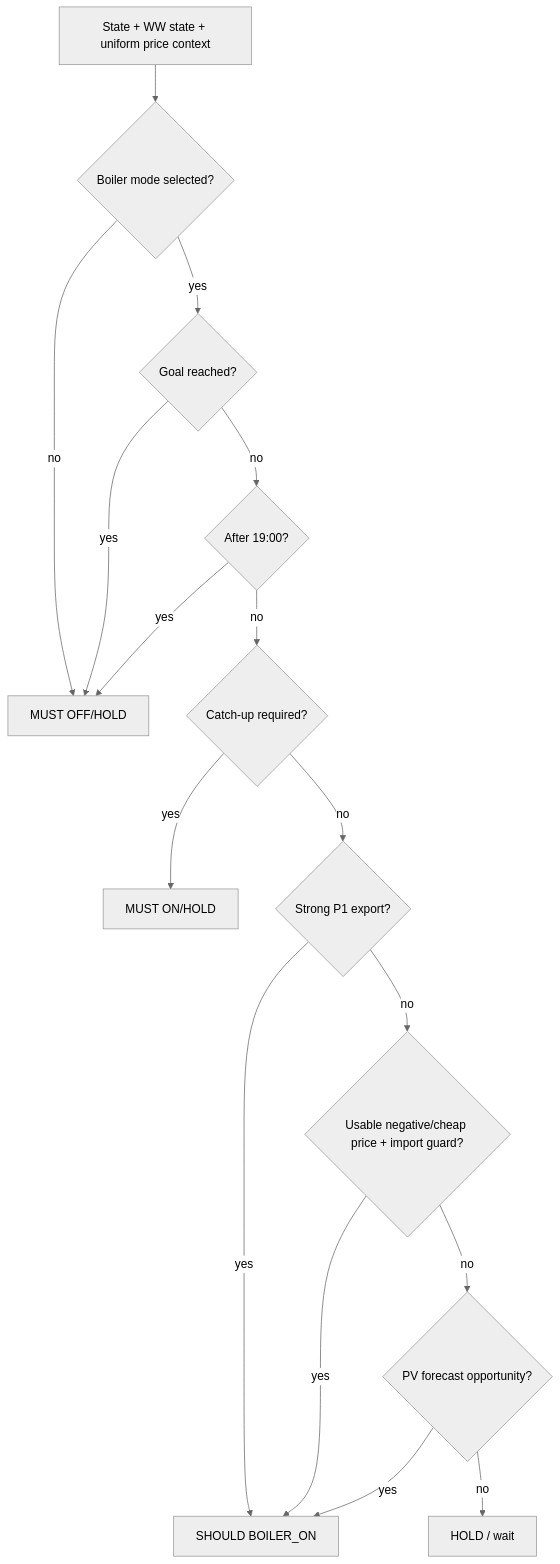
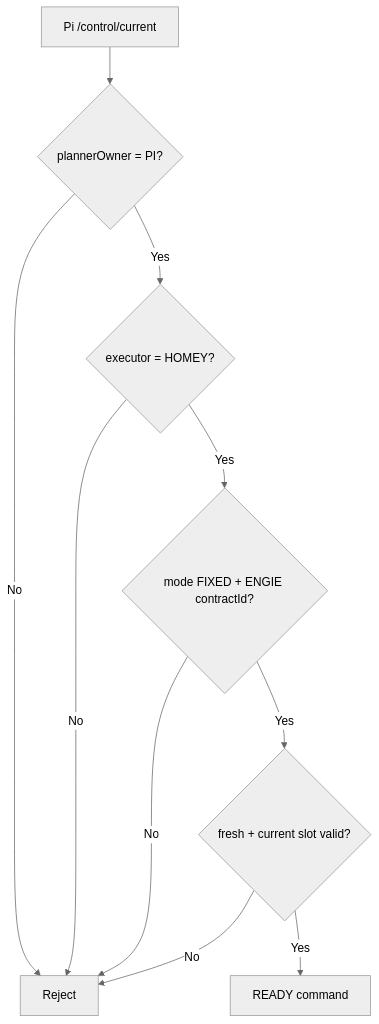
Before and after one commit to OnsKasteeltje/homey-energy-manual: the third of 3 diagrams in docs/software-architecture/flows/price-adapter-flow.md, drawn with Mermaid (neutral theme). The commit also changed other lines of this file, not shown here.

Commit message:
docs: align contract-price flow with FIXED ENGIE production governance

````diff
--- a/docs/software-architecture/flows/price-adapter-flow.md
+++ b/docs/software-architecture/flows/price-adapter-flow.md
@@ -163,18 +102,12 @@
 ```mermaid
 flowchart TD
-  A[State + WW state + uniform price context] --> B{Boiler mode selected?}
-  B -->|no| C[MUST OFF/HOLD]
-  B -->|yes| D{Goal reached?}
-  D -->|yes| C
-  D -->|no| E{After 19:00?}
-  E -->|yes| C
-  E -->|no| F{Catch-up required?}
-  F -->|yes| G[MUST ON/HOLD]
-  F -->|no| H{Strong P1 export?}
-  H -->|yes| I[SHOULD BOILER_ON]
-  H -->|no| J{Usable negative/cheap price + import guard?}
-  J -->|yes| I
-  J -->|no| K{PV forecast opportunity?}
-  K -->|yes| I
-  K -->|no| L[HOLD / wait]
+  A[Pi /control/current] --> B{plannerOwner = PI?}
+  B -->|No| X[Reject]
+  B -->|Yes| C{executor = HOMEY?}
+  C -->|No| X
+  C -->|Yes| D{mode FIXED + ENGIE contractId?}
+  D -->|No| X
+  D -->|Yes| E{fresh + current slot valid?}
+  E -->|No| X
+  E -->|Yes| F[READY command]
 ```
````
